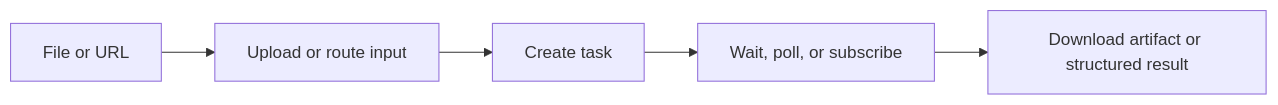
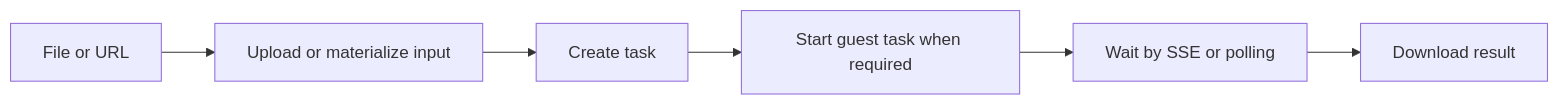
Before and after one commit to kobebryantwt/deckhtml: the diagram in docs/deckops/overview.mdx, drawn with Mermaid. The commit also changed other lines of this file and 74 other files, not shown here.

````diff
--- a/docs/deckops/overview.mdx
+++ b/docs/deckops/overview.mdx
@@ -9,7 +18,8 @@
 ```mermaid
 flowchart LR
-  I["File or URL"] --> U["Upload or route input"]
-  U --> T["Create task"]
-  T --> W["Wait, poll, or subscribe"]
-  W --> R["Download artifact or structured result"]
+  I["File or URL"] --> U["Upload or materialize input"]
+  U --> C["Create task"]
+  C --> S["Start guest task when required"]
+  S --> W["Wait by SSE or polling"]
+  W --> R["Download result"]
 ```
````
